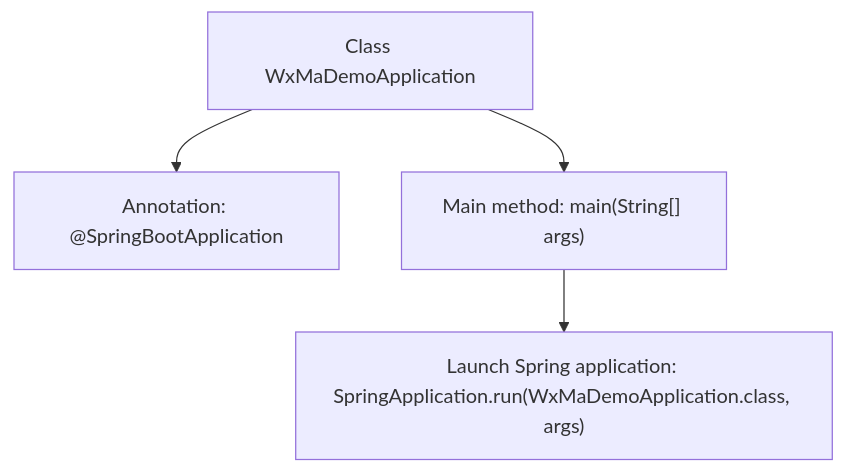
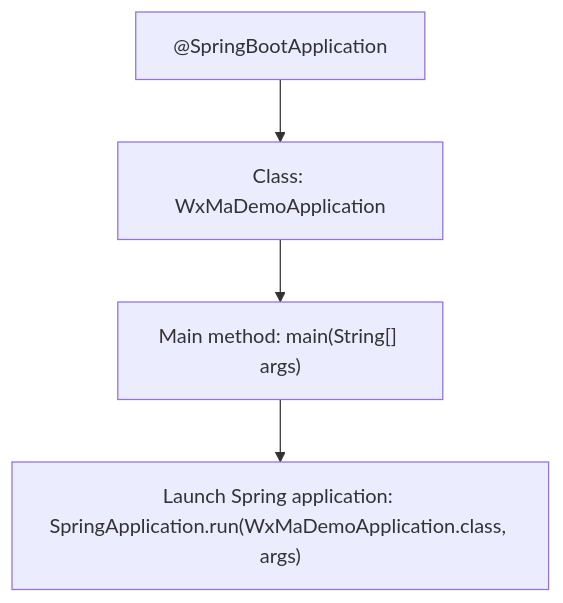
One commit to v-wjrong/rongwj666_weixin-java-miniapp-demo changed the second of 2 diagrams in docs/en/docs/src/main/java/com/github/binarywang/demo/wx/miniapp/WxMaDemoApplication.md. Above: the diagram before and after it, drawn with Mermaid. The commit also changed other lines of this file and 47 other files, not shown here.

````diff
--- a/docs/en/docs/src/main/java/com/github/binarywang/demo/wx/miniapp/WxMaDemoApplication.md
+++ b/docs/en/docs/src/main/java/com/github/binarywang/demo/wx/miniapp/WxMaDemoApplication.md
@@ -53,11 +50,11 @@
 ```mermaid
 graph TD
-    A["Class WxMaDemoApplication"]
-    B["Annotation: @SpringBootApplication"]
+    A["@SpringBootApplication"]
+    B["Class: WxMaDemoApplication"]
     C["Main method: main(String[] args)"]
     D["Launch Spring application: SpringApplication.run(WxMaDemoApplication.class, args)"]
-
+    
     A --> B
-    A --> C
+    B --> C
     C --> D
 ```
````
